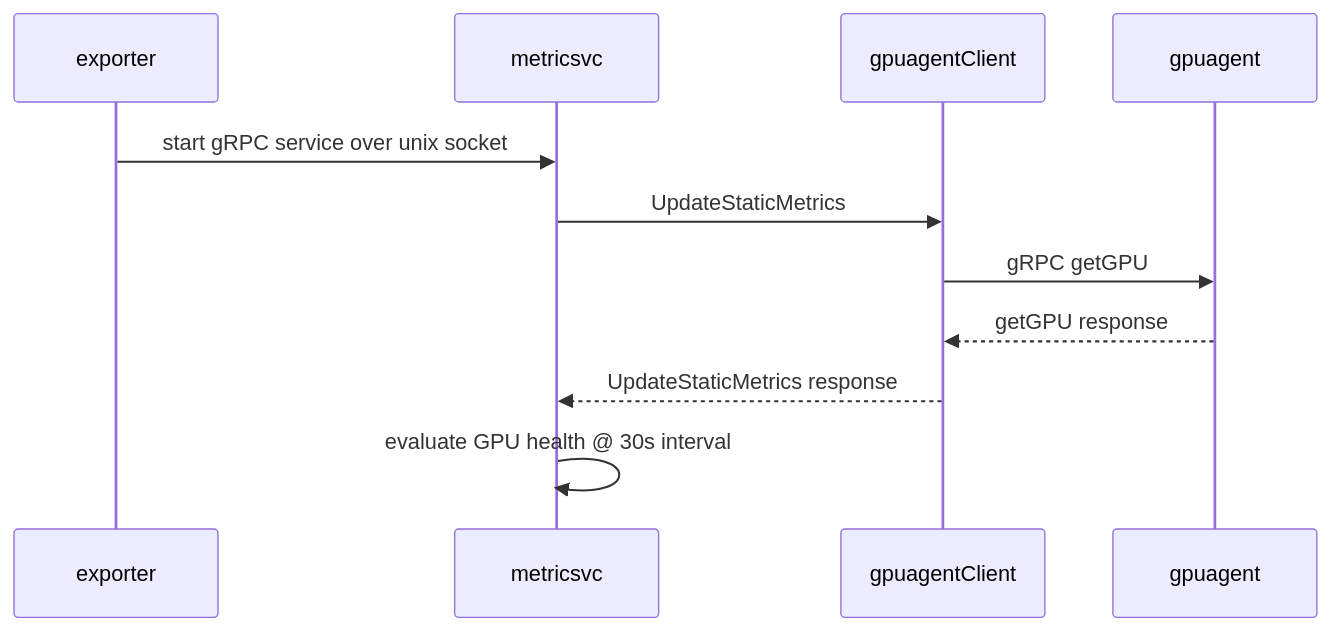
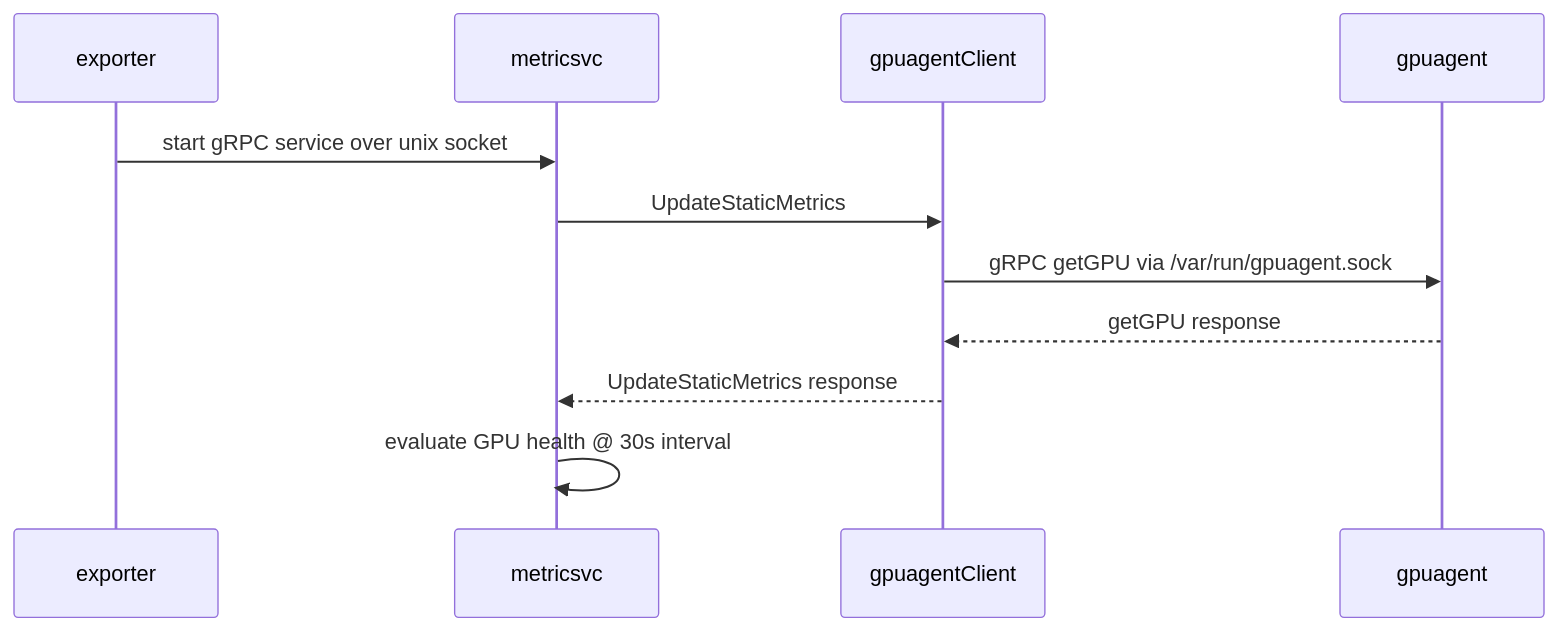
Before and after one commit to bhatturu/gpu-agent: the second of 3 diagrams in docs/developerguide.md, drawn with Mermaid. The commit also changed 5 other files, not shown here.

First line of the commit message:
docs: Add service management troubleshooting and update for GPU Agent UDS communication (#1176)

````diff
--- a/docs/developerguide.md
+++ b/docs/developerguide.md
@@ -214,9 +214,9 @@
 ```mermaid
 sequenceDiagram
-    exporter ->> metricsvc : start  gRPC service over unix socket
+    exporter ->> metricsvc : start gRPC service over unix socket
     metricsvc ->> gpuagentClient : UpdateStaticMetrics
-    gpuagentClient ->> gpuagent : gRPC getGPU
+    gpuagentClient ->> gpuagent : gRPC getGPU via /var/run/gpuagent.sock
     gpuagent -->> gpuagentClient : getGPU response
     gpuagentClient -->> metricsvc : UpdateStaticMetrics response
     metricsvc ->> metricsvc : evaluate GPU health @ 30s interval
 ```
````
